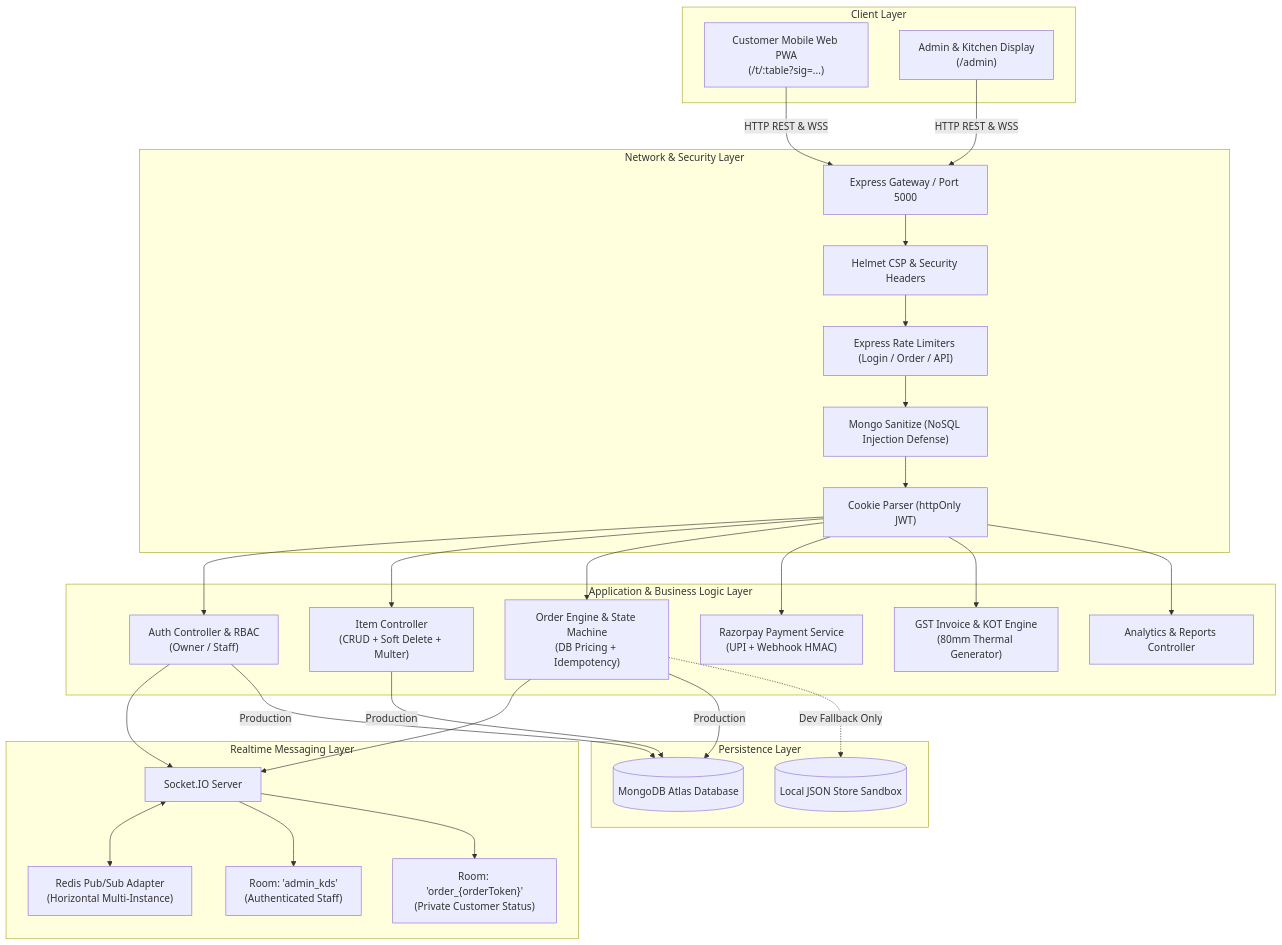
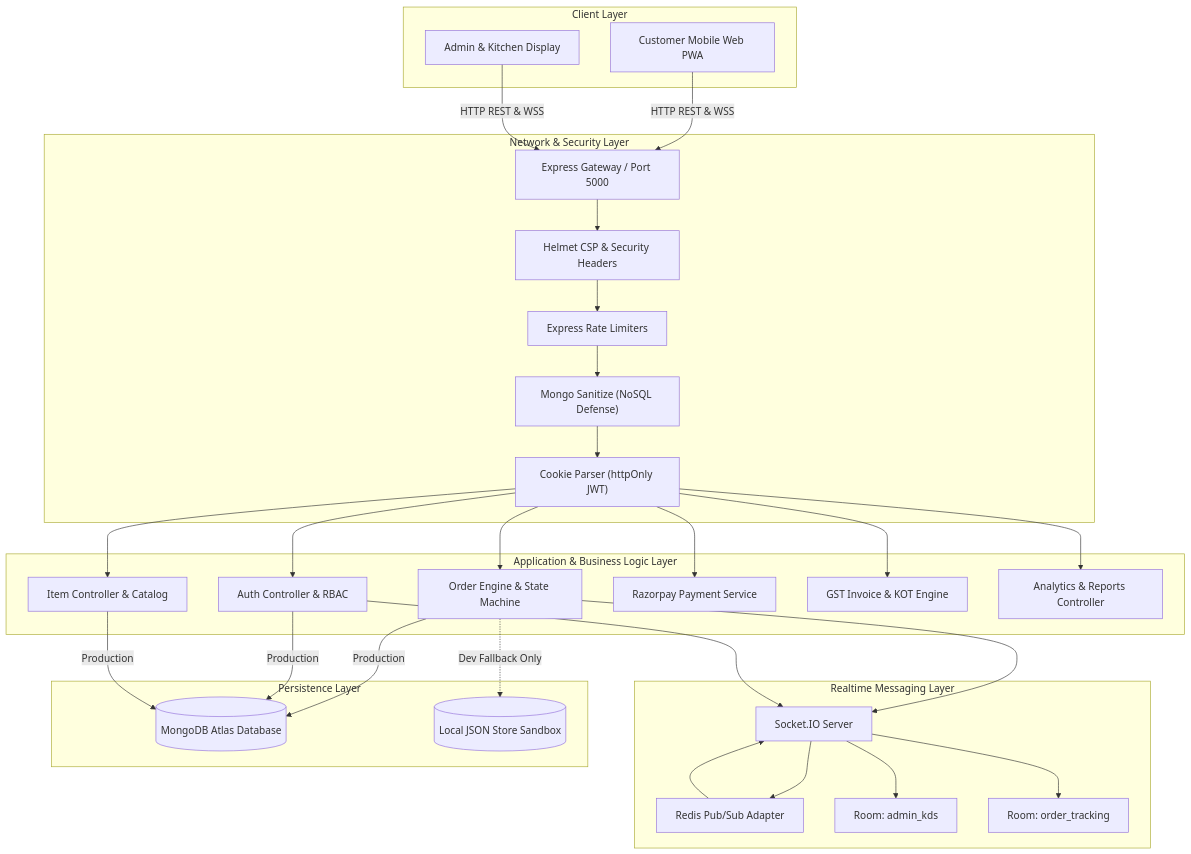
The first of 6 diagrams in README.md (Anu7276/CAFE_MANAGEMENT_SYSTEM), drawn with Mermaid before and after one commit. The commit also changed other lines of this file, not shown here.

Commit message:
docs(readme): sanitize all mermaid diagrams for GitHub renderer compatibility

````diff
--- a/README.md
+++ b/README.md
@@ -41,59 +41,60 @@
 ```mermaid
 flowchart TD
     subgraph Clients ["Client Layer"]
-        C1["Customer Mobile Web PWA<br/>(/t/:table?sig=...)"]
-        C2["Admin & Kitchen Display<br/>(/admin)"]
+        C1["Customer Mobile Web PWA"]
+        C2["Admin & Kitchen Display"]
     end
 
     subgraph Gateway ["Network & Security Layer"]
         GW["Express Gateway / Port 5000"]
         HL["Helmet CSP & Security Headers"]
-        RL["Express Rate Limiters (Login / Order / API)"]
-        MS["Mongo Sanitize (NoSQL Injection Defense)"]
+        RL["Express Rate Limiters"]
+        MS["Mongo Sanitize (NoSQL Defense)"]
         CP["Cookie Parser (httpOnly JWT)"]
     end
 
     subgraph Services ["Application & Business Logic Layer"]
-        AUTH["Auth Controller & RBAC<br/>(Owner / Staff)"]
-        ITEMS["Item Controller<br/>(CRUD + Soft Delete + Multer)"]
-        ORDERS["Order Engine & State Machine<br/>(DB Pricing + Idempotency)"]
-        PAY["Razorpay Payment Service<br/>(UPI + Webhook HMAC)"]
-        INV["GST Invoice & KOT Engine<br/>(80mm Thermal Generator)"]
+        AUTH["Auth Controller & RBAC"]
+        ITEMS["Item Controller & Catalog"]
+        ORDERS["Order Engine & State Machine"]
+        PAY["Razorpay Payment Service"]
+        INV["GST Invoice & KOT Engine"]
         REPORTS["Analytics & Reports Controller"]
     end
 
     subgraph Realtime ["Realtime Messaging Layer"]
         SIO["Socket.IO Server"]
-        REDIS["Redis Pub/Sub Adapter<br/>(Horizontal Multi-Instance)"]
-        ROOM1["Room: 'admin_kds'<br/>(Authenticated Staff)"]
-        ROOM2["Room: 'order_{orderToken}'<br/>(Private Customer Status)"]
+        REDIS["Redis Pub/Sub Adapter"]
+        ROOM1["Room: admin_kds"]
+        ROOM2["Room: order_tracking"]
     end
 
     subgraph Storage ["Persistence Layer"]
         MONGO[("MongoDB Atlas Database")]
         DEVSTORE[("Local JSON Store Sandbox")]
     end
 
     C1 -->|"HTTP REST & WSS"| GW
     C2 -->|"HTTP REST & WSS"| GW
 
     GW --> HL --> RL --> MS --> CP
 
     CP --> AUTH
     CP --> ITEMS
     CP --> ORDERS
     CP --> PAY
     CP --> INV
     CP --> REPORTS
 
     ORDERS --> SIO
     AUTH --> SIO
-    SIO <--> REDIS
+    SIO --> REDIS
+    REDIS --> SIO
     SIO --> ROOM1
     SIO --> ROOM2
 
     ORDERS -->|"Production"| MONGO
     AUTH -->|"Production"| MONGO
     ITEMS -->|"Production"| MONGO
     ORDERS -.->|"Dev Fallback Only"| DEVSTORE
 ```
````
